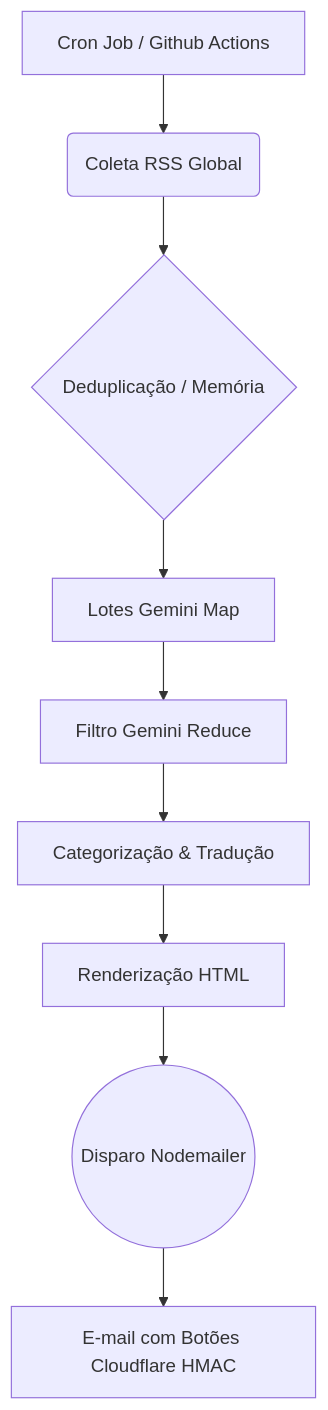
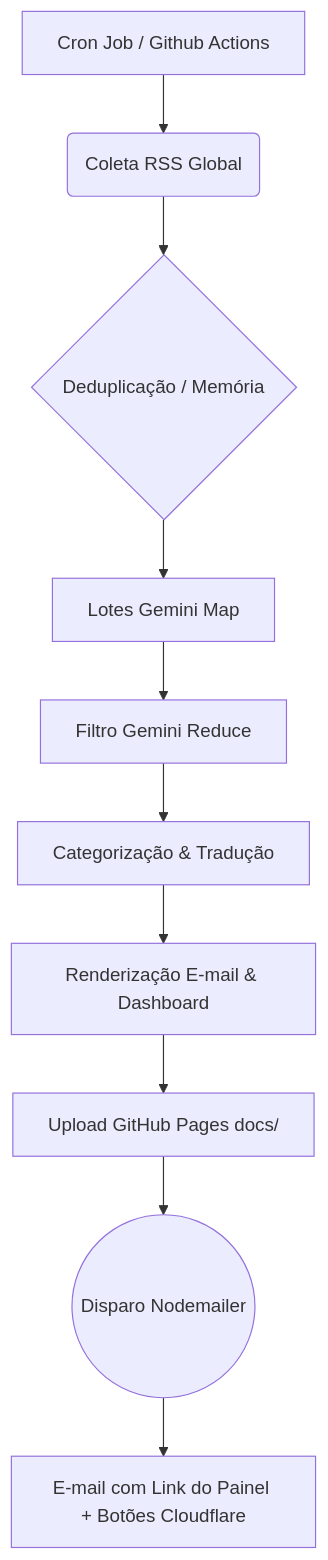
One commit to thalesandradepereira/monitoramento-internacional changed the diagram in README.md. Above: the diagram before and after it, drawn with Mermaid. The commit also changed other lines of this file, not shown here.

Commit message:
docs: update architecture to include Dashboard HTML and GitHub Pages integration

````diff
--- a/README.md
+++ b/README.md
@@ -31,11 +32,12 @@
 ```mermaid
 graph TD
     A[Cron Job / Github Actions] --> B(Coleta RSS Global)
     B --> C{Deduplicação / Memória}
     C --> D[Lotes Gemini Map]
     D --> E[Filtro Gemini Reduce]
     E --> F[Categorização & Tradução]
-    F --> G[Renderização HTML]
-    G --> H((Disparo Nodemailer))
-    H --> I[E-mail com Botões Cloudflare HMAC]
+    F --> G[Renderização E-mail & Dashboard]
+    G --> H[Upload GitHub Pages docs/]
+    H --> I((Disparo Nodemailer))
+    I --> J[E-mail com Link do Painel + Botões Cloudflare]
 ```
````
